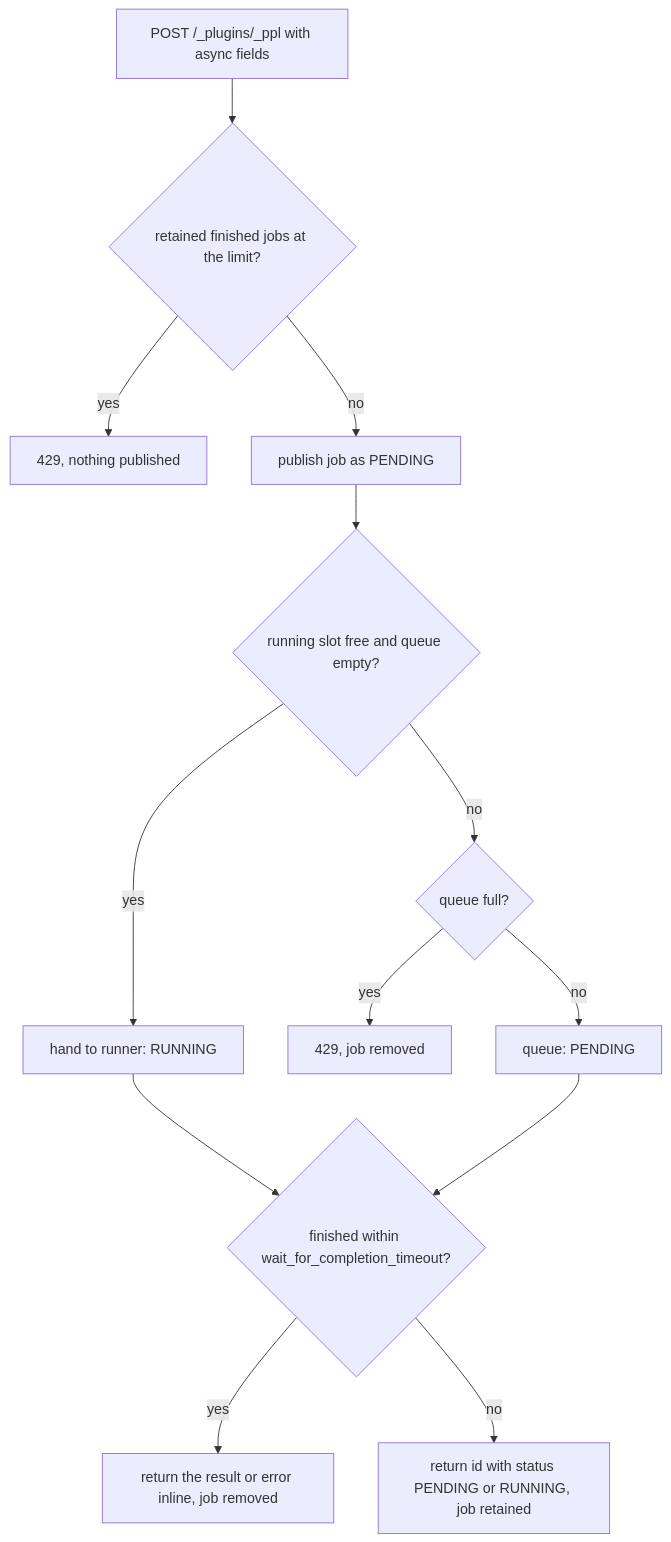
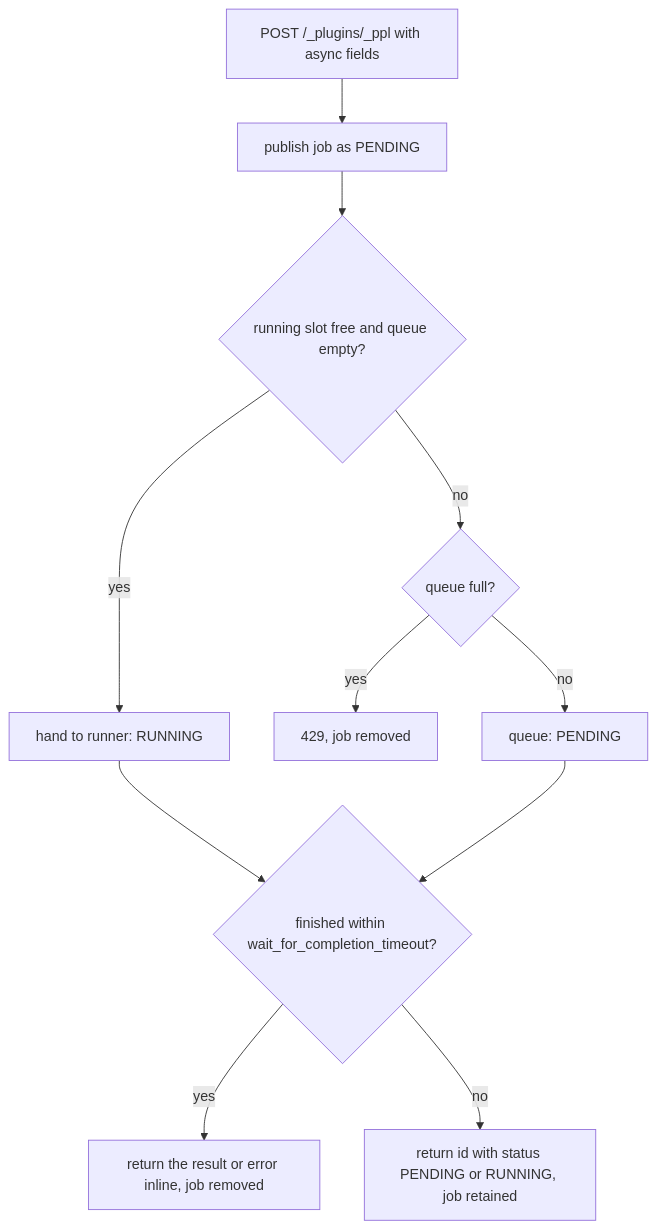
The second of 2 diagrams in docs/dev/ppl-async-query-lifecycle.md (penghuo/os-sql), drawn with Mermaid before and after one commit. The commit also changed other lines of this file and 12 other files, not shown here.

First line of the commit message:
Move the retained job limit to the retention follow-up (#5801)

````diff
--- a/docs/dev/ppl-async-query-lifecycle.md
+++ b/docs/dev/ppl-async-query-lifecycle.md
@@ -53,15 +52,13 @@
 ```mermaid
 flowchart TD
-  A[POST /_plugins/_ppl with async fields] --> B{retained finished jobs at the limit?}
-  B -- yes --> R1[429, nothing published]
-  B -- no --> C[publish job as PENDING]
+  A[POST /_plugins/_ppl with async fields] --> C[publish job as PENDING]
   C --> D{running slot free and queue empty?}
   D -- yes --> E[hand to runner: RUNNING]
   D -- no --> F{queue full?}
   F -- yes --> R2[429, job removed]
   F -- no --> G[queue: PENDING]
   E --> H{finished within wait_for_completion_timeout?}
   G --> H
   H -- yes --> I[return the result or error inline, job removed]
   H -- no --> J[return id with status PENDING or RUNNING, job retained]
 ```
````
